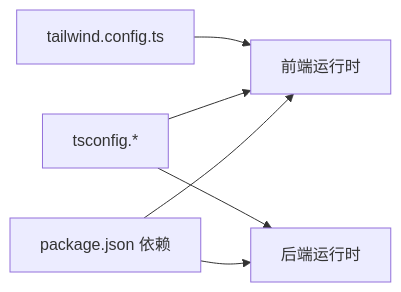
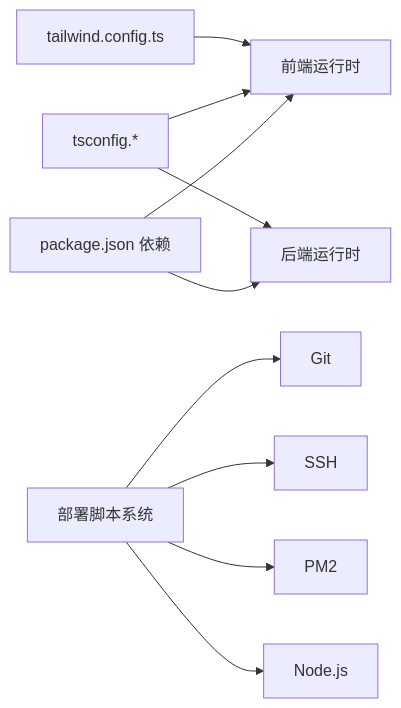
One commit to ititjjy/AITrip-plan changed the ninth of 9 diagrams in .qoder/repowiki/zh/content/部署与运维/部署与运维.md. Above: the diagram before and after it, drawn with Mermaid. The commit also changed other lines of this file and 28 other files, not shown here.

````diff
--- a/.qoder/repowiki/zh/content/部署与运维/部署与运维.md
+++ b/.qoder/repowiki/zh/content/部署与运维/部署与运维.md
@@ -309,8 +551,12 @@
 ```mermaid
 graph LR
 Pkg["package.json 依赖"] --> FE["前端运行时"]
 Pkg --> BE["后端运行时"]
 TSC["tsconfig.*"] --> FE
 TSC --> BE
 Tailwind["tailwind.config.ts"] --> FE
+DeployScripts["部署脚本系统"] --> Git["Git"]
+DeployScripts --> SSH["SSH"]
+DeployScripts --> PM2["PM2"]
+DeployScripts --> NodeJS["Node.js"]
 ```
````
